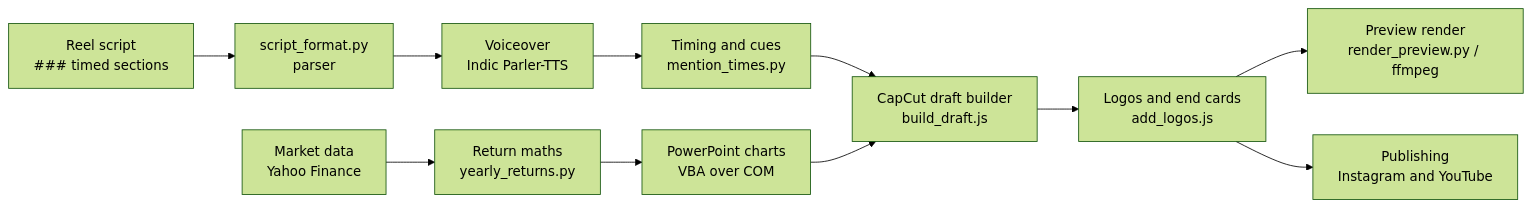
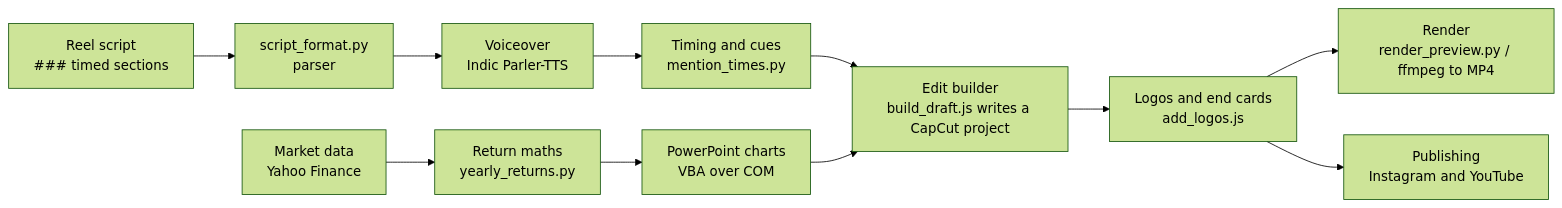
One commit to raj-vora/social-media-video-claude changed the diagram in README.md. Above: the diagram before and after it, drawn with Mermaid (forest theme). The commit also changed other lines of this file and 1 other file, not shown here.

First line of the commit message:
Describe CapCut as an optional edit format

````diff
--- a/README.md
+++ b/README.md
@@ -17,13 +18,13 @@
 ```mermaid
 flowchart LR
     D[Market data<br/>Yahoo Finance] --> R[Return maths<br/>yearly_returns.py]
     S[Reel script<br/>### timed sections] --> P[script_format.py<br/>parser]
     P --> V[Voiceover<br/>Indic Parler-TTS]
     R --> C[PowerPoint charts<br/>VBA over COM]
     V --> T[Timing and cues<br/>mention_times.py]
-    T --> B[CapCut draft builder<br/>build_draft.js]
+    T --> B[Edit builder<br/>build_draft.js writes a CapCut project]
     C --> B
     B --> E[Logos and end cards<br/>add_logos.js]
-    E --> F[Preview render<br/>render_preview.py / ffmpeg]
+    E --> F[Render<br/>render_preview.py / ffmpeg to MP4]
     E --> U[Publishing<br/>Instagram and YouTube]
 ```
````
